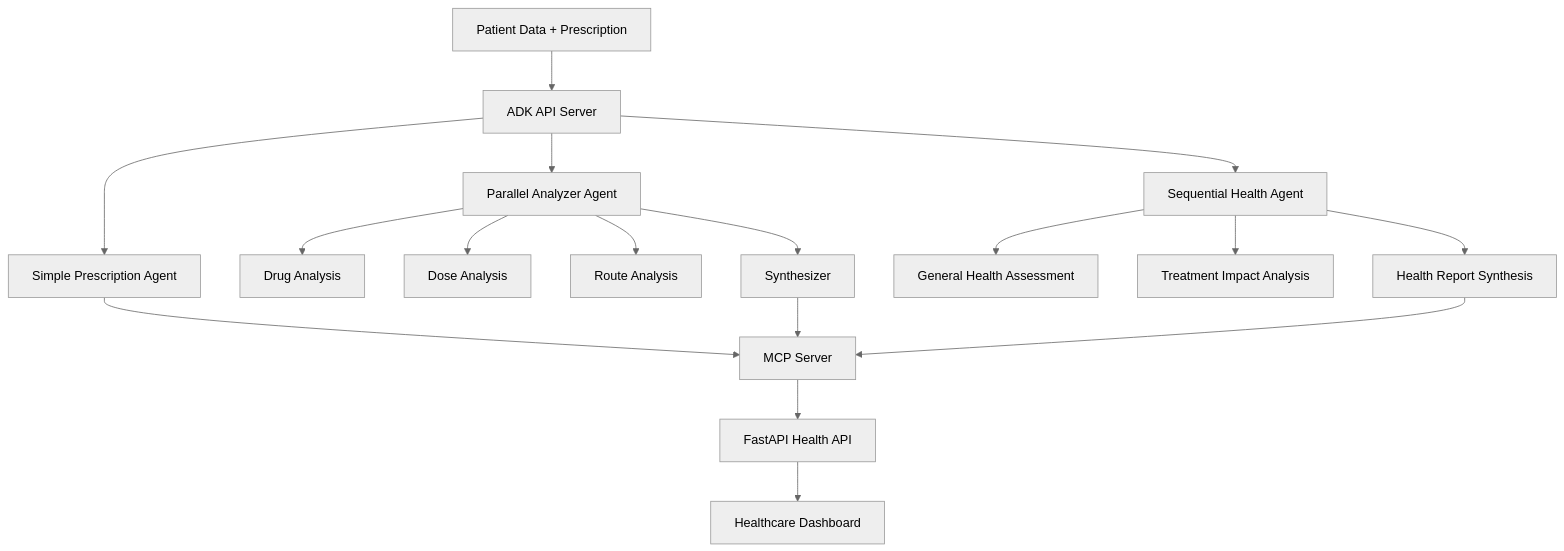
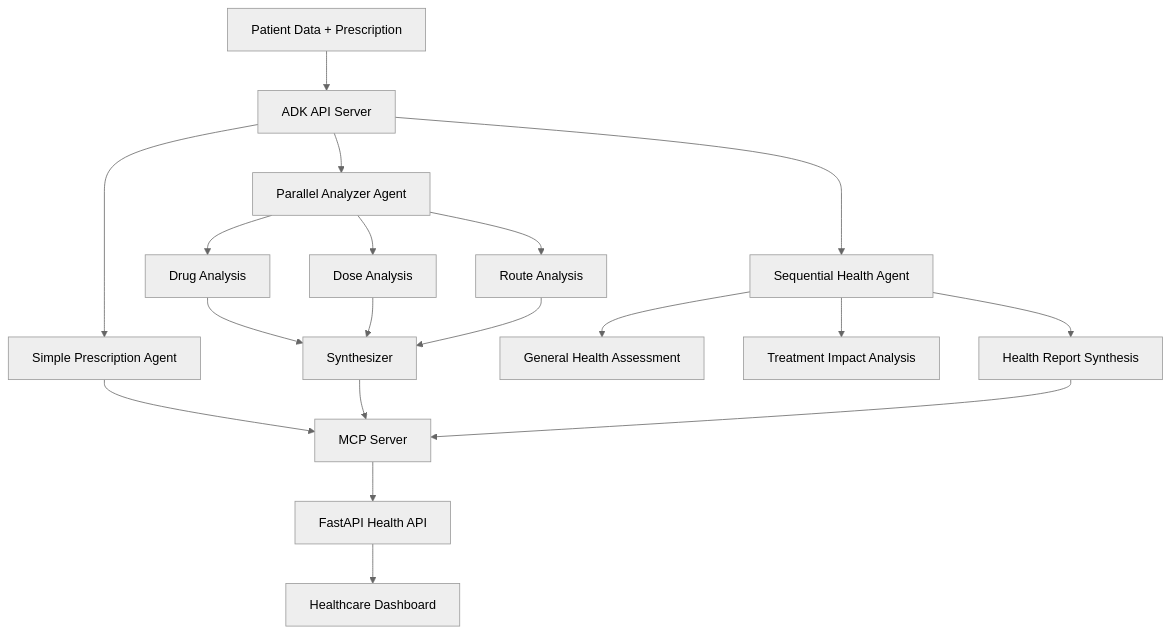
The diagram in README.md (xValentim/adk-grun-health), drawn with Mermaid (neutral theme) before and after one commit. The commit also changed 2 other files, not shown here.

Commit message:
chore: add json + notebooks + readme

````diff
--- a/README.md
+++ b/README.md
@@ -38,22 +38,25 @@
 ```mermaid
 graph TD
-    A[Patient Data + Prescription] --> B[ADK API Server]
+    A[Patient Data + Prescription] -->  B[ADK API Server]
     B --> C[Simple Prescription Agent]
     B --> D[Parallel Analyzer Agent]  
     B --> E[Sequential Health Agent]
     
     D --> F[Drug Analysis]
     D --> G[Dose Analysis] 
     D --> H[Route Analysis]
-    D --> I[Synthesizer]
+
+    F --> I[Synthesizer]
+    G --> I
+    H --> I
     
     E --> J[General Health Assessment]
     E --> K[Treatment Impact Analysis]
     E --> L[Health Report Synthesis]
     
     C --> M[MCP Server]
     I --> M
     L --> M
     M --> N[FastAPI Health API]
     N --> O[Healthcare Dashboard]
 ```
````
